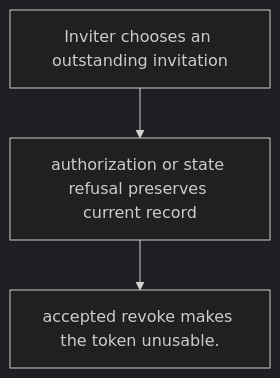
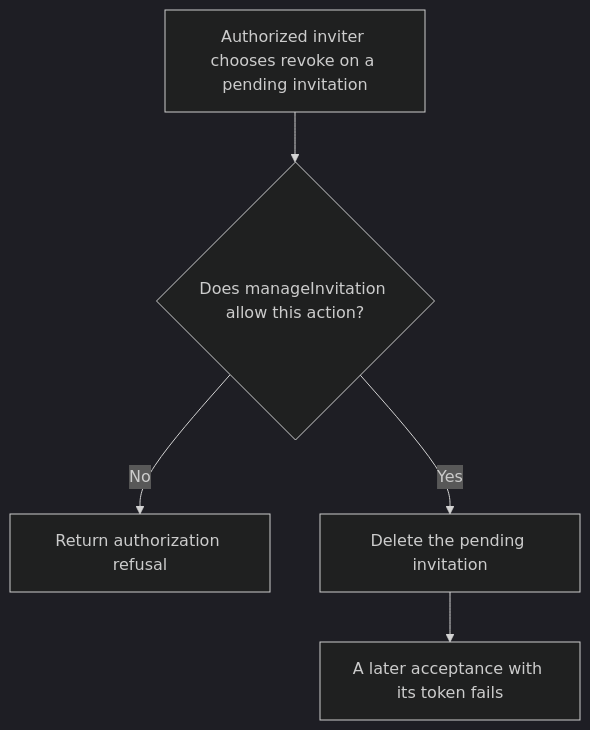
One commit to Kevinjohn/oss-adonisjs-account-kit changed the first of 2 diagrams in user-stories/US-ACCOUNT-12-revoke-invitation.md. Above: the diagram before and after it, drawn with Mermaid (dark theme). The commit also changed other lines of this file and 17 other files, not shown here.

````diff
--- a/user-stories/US-ACCOUNT-12-revoke-invitation.md
+++ b/user-stories/US-ACCOUNT-12-revoke-invitation.md
@@ -20,8 +18,7 @@
 ```mermaid
 flowchart TD
-    U0["Inviter chooses an outstanding invitation"]
-    U1["authorization or state refusal preserves current record"]
-    U0 --> U1
-    U2["accepted revoke makes the token unusable."]
-    U1 --> U2
+ A["Authorized inviter chooses revoke on a pending invitation"] --> B{"Does manageInvitation allow this action?"}
+ B -->|No| C["Return authorization refusal"]
+ B -->|Yes| D["Delete the pending invitation"]
+ D --> E["A later acceptance with its token fails"]
 ```
````
